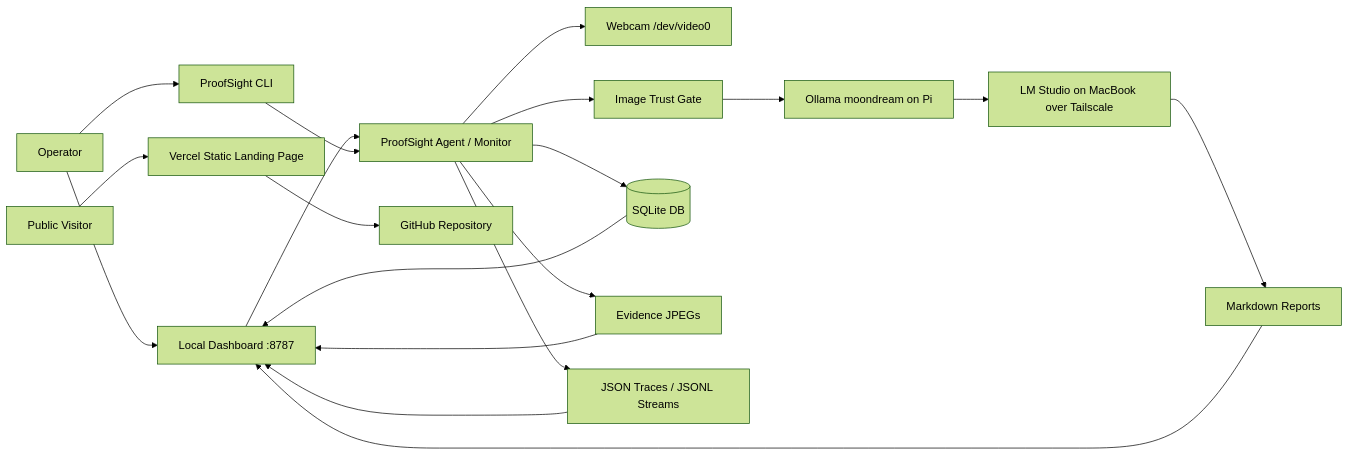
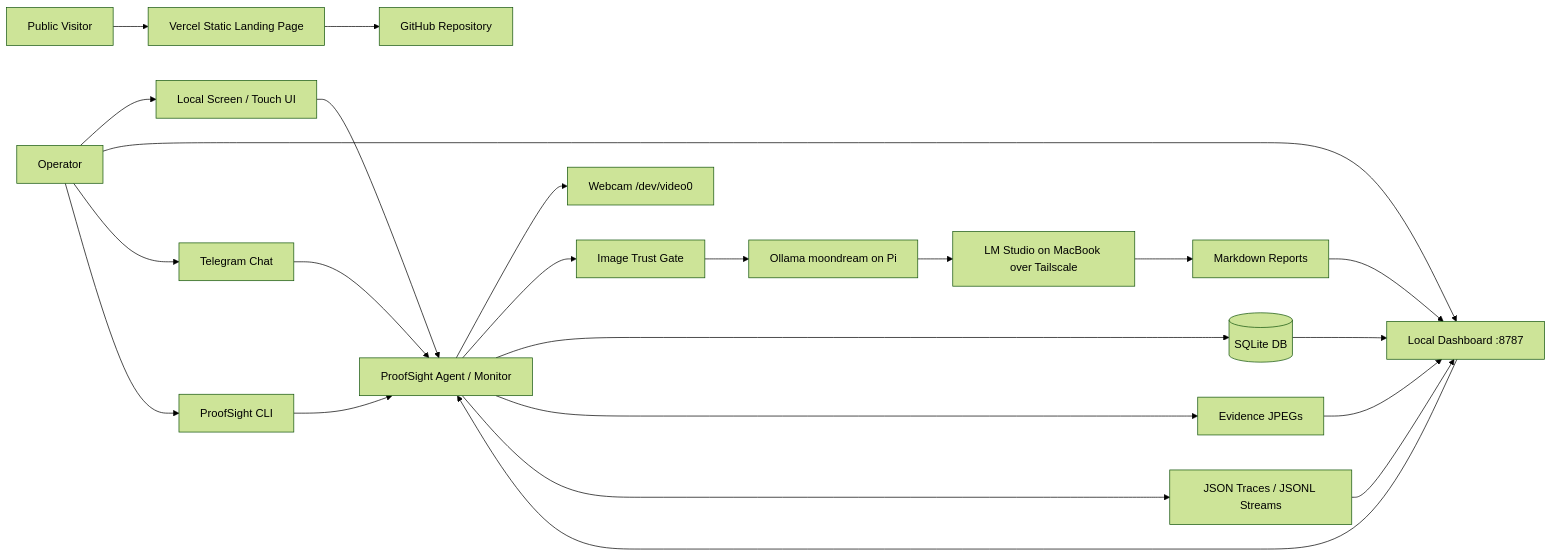
Before and after one commit to MasteraSnackin/ProofSight: the first of 2 diagrams in ARCHITECTURE.md, drawn with Mermaid (forest theme). The commit also changed other lines of this file and 1 other file, not shown here.

````diff
--- a/ARCHITECTURE.md
+++ b/ARCHITECTURE.md
@@ -28,21 +31,25 @@
 ```mermaid
 flowchart LR
-  Operator[Operator] --> LocalDash[Local Dashboard :8787]
+  Operator[Operator] --> Screen[Local Screen / Touch UI]
+  Operator --> LocalDash[Local Dashboard :8787]
+  Operator --> Telegram[Telegram Chat]
   Operator --> CLI[ProofSight CLI]
+  Screen --> Agent[ProofSight Agent / Monitor]
+  Telegram --> Agent
   LocalDash --> Agent[ProofSight Agent / Monitor]
   CLI --> Agent
   Agent --> Camera[Webcam /dev/video0]
   Agent --> Gate[Image Trust Gate]
   Gate --> Vision[Ollama moondream on Pi]
   Vision --> Reasoning[LM Studio on MacBook over Tailscale]
   Reasoning --> Reports[Markdown Reports]
   Agent --> DB[(SQLite DB)]
   Agent --> Evidence[Evidence JPEGs]
   Agent --> Traces[JSON Traces / JSONL Streams]
   Reports --> LocalDash
   DB --> LocalDash
   Evidence --> LocalDash
   Traces --> LocalDash
   Visitor[Public Visitor] --> Vercel[Vercel Static Landing Page]
   Vercel --> GitHub[GitHub Repository]
 ```
````
